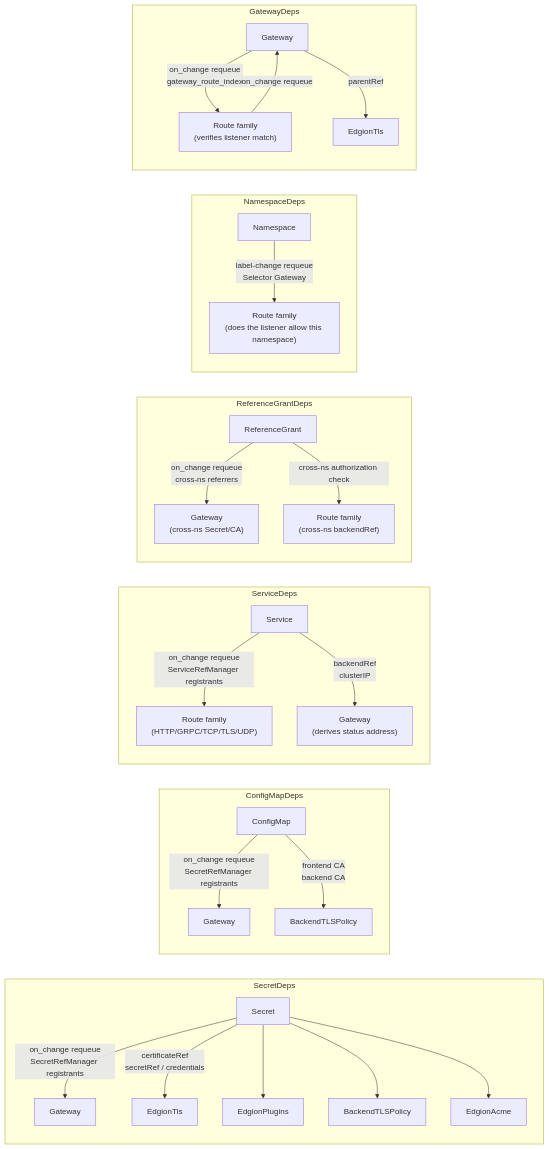
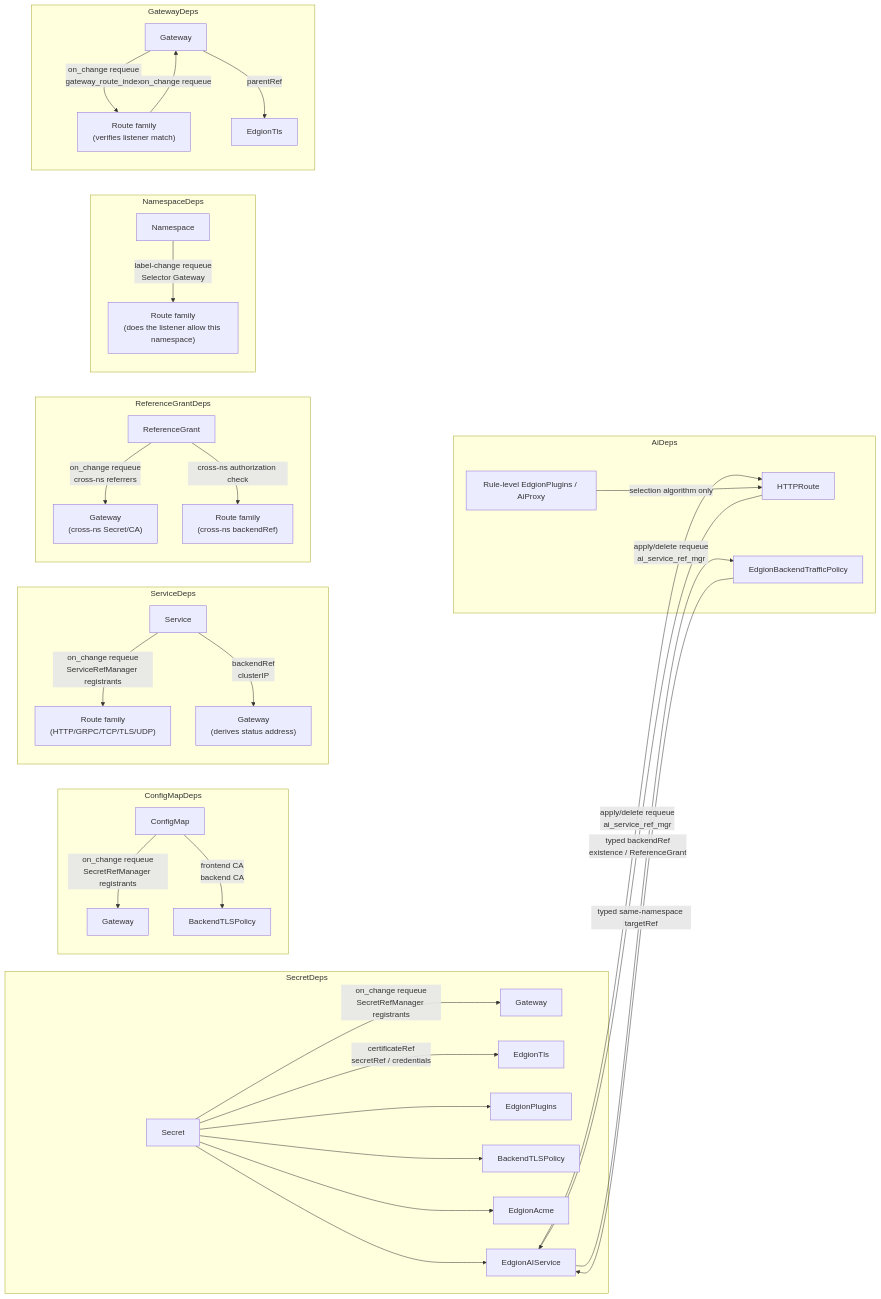
Before and after one commit to Pandaala/Edgion: the diagram in skills/01-architecture/05-resources/19-resource-dependency.md, drawn with Mermaid. The commit also changed other lines of this file and 238 other files, not shown here.

````diff
--- a/skills/01-architecture/05-resources/19-resource-dependency.md
+++ b/skills/01-architecture/05-resources/19-resource-dependency.md
@@ -12,35 +12,44 @@
 ```mermaid
 flowchart LR
     subgraph SecretDeps
         Secret -- "on_change requeue\nSecretRefManager registrants" --> Gateway
         Secret -- "certificateRef\nsecretRef / credentials" --> EdgionTls
         Secret --> EdgionPlugins
         Secret --> BackendTLSPolicy
         Secret --> EdgionAcme
+        Secret --> EdgionAIService
     end
 
     subgraph ConfigMapDeps
         ConfigMap -- "on_change requeue\nSecretRefManager registrants" --> Gateway2[Gateway]
         ConfigMap -- "frontend CA\nbackend CA" --> BackendTLSPolicy2[BackendTLSPolicy]
     end
 
     subgraph ServiceDeps
         Service -- "on_change requeue\nServiceRefManager registrants" --> Routes["Route family\n(HTTP/GRPC/TCP/TLS/UDP)"]
         Service -- "backendRef\nclusterIP" --> Gateway3["Gateway\n(derives status address)"]
     end
 
     subgraph ReferenceGrantDeps
         ReferenceGrant -- "on_change requeue\ncross-ns referrers" --> Gateway4["Gateway\n(cross-ns Secret/CA)"]
         ReferenceGrant -- "cross-ns authorization check" --> Routes2["Route family\n(cross-ns backendRef)"]
     end
 
     subgraph NamespaceDeps
         Namespace -- "label-change requeue\nSelector Gateway" --> Routes3["Route family\n(does the listener allow this namespace)"]
     end
 
     subgraph GatewayDeps
         GW[Gateway] -- "on_change requeue\ngateway_route_index" --> Routes4["Route family\n(verifies listener match)"]
         GW -- "parentRef" --> EdgionTls2[EdgionTls]
         Routes4 -- "on_change requeue" --> GW
     end
+
+    subgraph AiDeps
+        HTTPRouteAI[HTTPRoute] -- "typed backendRef\nexistence / ReferenceGrant" --> EdgionAIService
+        EBTP[EdgionBackendTrafficPolicy] -- "typed same-namespace targetRef" --> EdgionAIService
+        EdgionAIService -- "apply/delete requeue\nai_service_ref_mgr" --> HTTPRouteAI
+        EdgionAIService -- "apply/delete requeue\nai_service_ref_mgr" --> EBTP
+        AiProxy[Rule-level EdgionPlugins / AiProxy] -- "selection algorithm only" --> HTTPRouteAI
+    end
 ```
````
